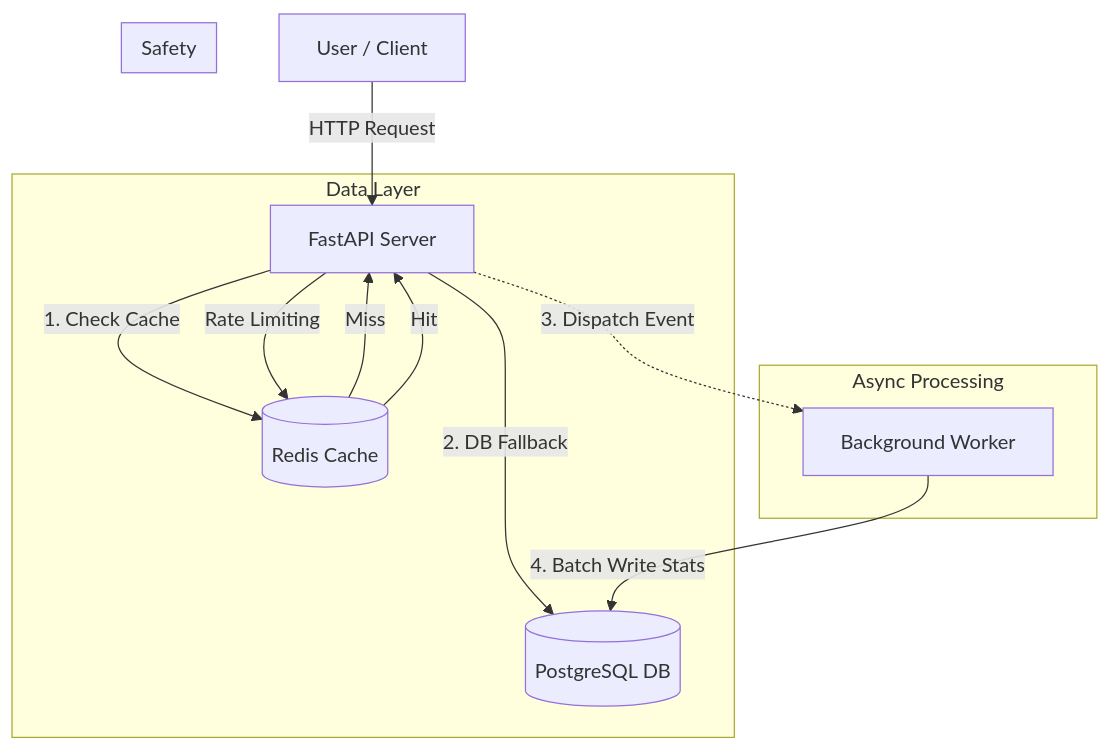
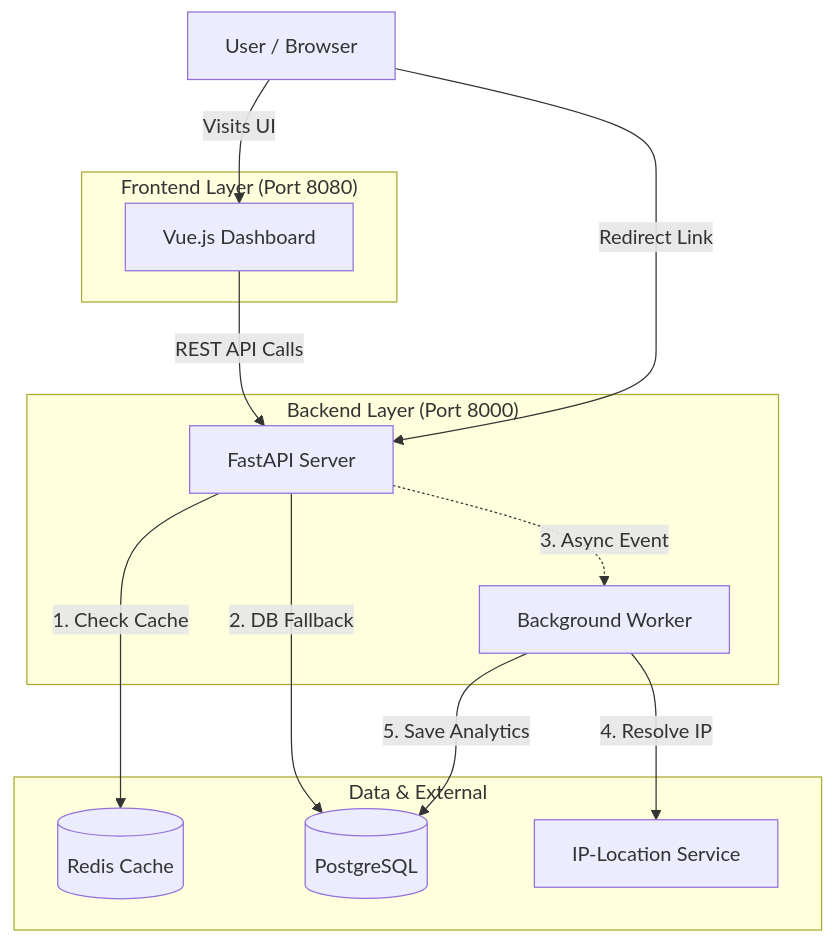
The diagram in README.md (SkyCoder31/short-it), drawn with Mermaid before and after one commit. The commit also changed other lines of this file and 5 other files, not shown here.

Commit message:
Implementing geo-analytics dashboard and a friendly UI

````diff
--- a/README.md
+++ b/README.md
@@ -22,20 +24,30 @@
 ```mermaid
 graph TD
-    User[User / Client] -->|HTTP Request| API[FastAPI Server]
+    User[User / Browser]
     
-    subgraph "Data Layer"
-        API -->|1. Check Cache| Redis[(Redis Cache)]
-        Redis -- Miss --> API
-        Redis -- Hit --> API
-        API -->|2. DB Fallback| DB[(PostgreSQL DB)]
+    subgraph "Frontend Layer (Port 8080)"
+        UI[Vue.js Dashboard]
     end
+
+    subgraph "Backend Layer (Port 8000)"
+        API[FastAPI Server]
+        Worker[Background Worker]
+    end
+
+    subgraph "Data & External"
+        Redis[(Redis Cache)]
+        DB[(PostgreSQL)]
+        GeoAPI[IP-Location Service]
+    end
+
+    User -->|Visits UI| UI
+    UI -->|REST API Calls| API
+    User -->|Redirect Link| API
     
-    subgraph "Async Processing"
-        API -.->|3. Dispatch Event| BG[Background Worker]
-        BG -->|4. Batch Write Stats| DB
-    end
+    API -->|1. Check Cache| Redis
+    API -->|2. DB Fallback| DB
+    API -.->|3. Async Event| Worker
     
-    subgraph "Safety"
-        API -->|Rate Limiting| Redis
-    end
+    Worker -->|4. Resolve IP| GeoAPI
+    Worker -->|5. Save Analytics| DB
 ```
````
